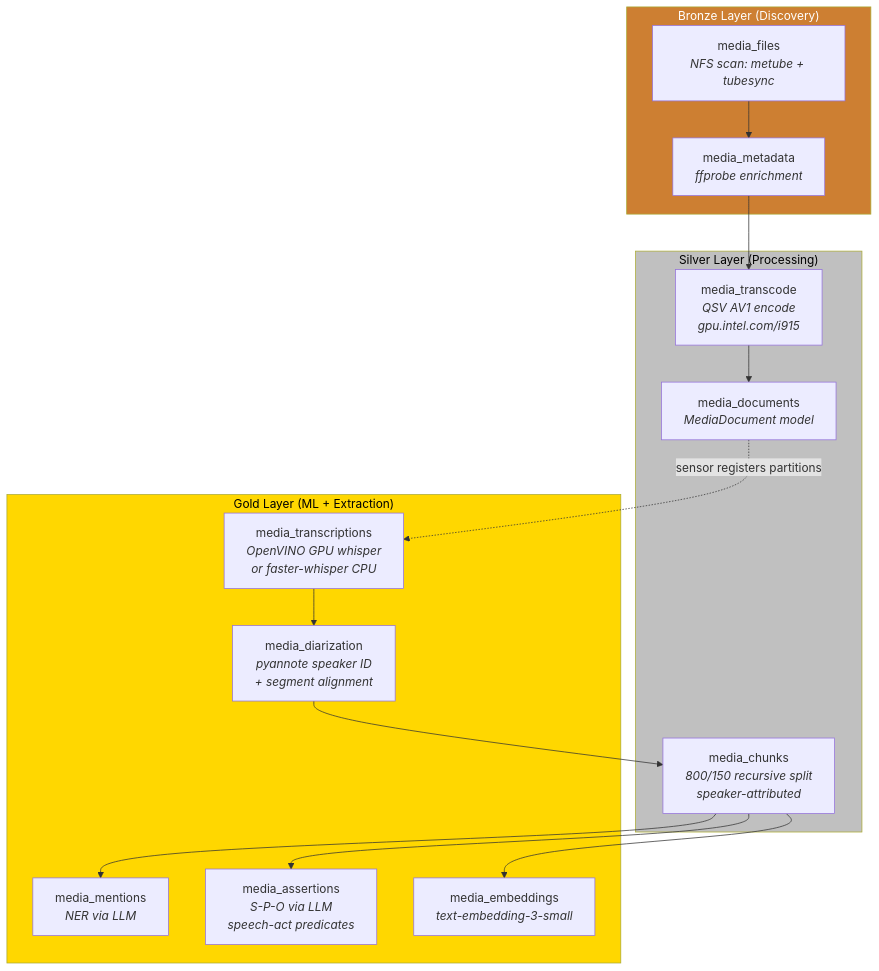
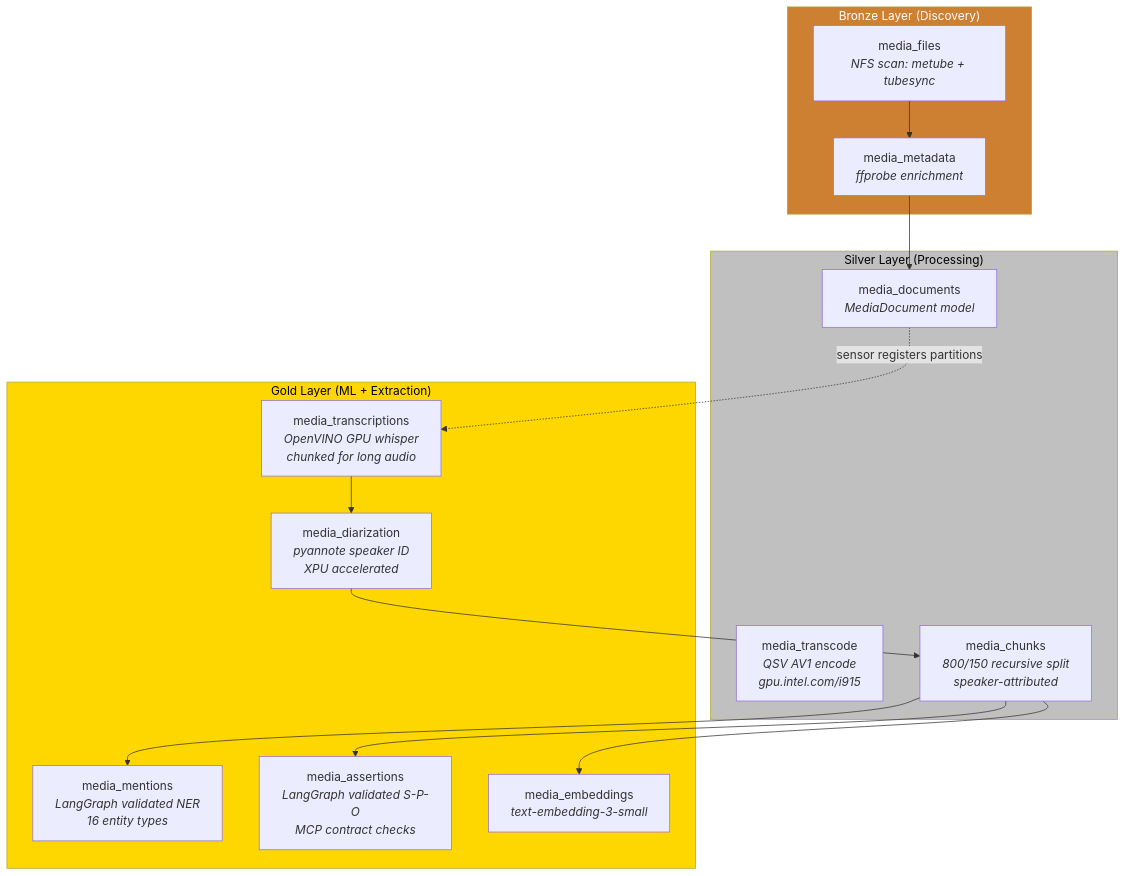
Before and after one commit to TheBranchDriftCatalyst/catalyst-data: the first of 6 diagrams in docs/diagrams/media-ingest-architecture.md, drawn with Mermaid. The commit also changed other lines of this file and 2 other files, not shown here.

Commit message:
docs: update concordance, entity model, and architecture docs
- ONTOLOGY.md: add section 5.3.1 documenting actual ConcordanceEngine +
  CrossSourceAligner implementation (IDF weighting, corroboration rule,
  cluster coherence, HITL overrides)
- domain-model-uml.md: add 5 new MentionType enums (DOCUMENT, BOOK,
  ROLE, STRATEGIC_ASSET, FINANCIAL_INSTRUMENT), EntityOverride class,
  update extraction pipeline to show LangGraph validation
- media-ingest-architecture.md: reflect LangGraph validated extraction,
  chunked transcription, XPU diarization, HITL + coherence in platinum

````diff
--- a/docs/diagrams/media-ingest-architecture.md
+++ b/docs/diagrams/media-ingest-architecture.md
@@ -5,32 +5,32 @@
 ```mermaid
 graph TD
     subgraph Bronze["Bronze Layer (Discovery)"]
         MF[media_files<br/><i>NFS scan: metube + tubesync</i>]
         MM[media_metadata<br/><i>ffprobe enrichment</i>]
     end
 
     subgraph Silver["Silver Layer (Processing)"]
         MTC[media_transcode<br/><i>QSV AV1 encode<br/>gpu.intel.com/i915</i>]
         MD[media_documents<br/><i>MediaDocument model</i>]
         MC[media_chunks<br/><i>800/150 recursive split<br/>speaker-attributed</i>]
     end
 
     subgraph Gold["Gold Layer (ML + Extraction)"]
-        MT[media_transcriptions<br/><i>OpenVINO GPU whisper<br/>or faster-whisper CPU</i>]
-        MDIA[media_diarization<br/><i>pyannote speaker ID<br/>+ segment alignment</i>]
-        MME[media_mentions<br/><i>NER via LLM</i>]
-        MA[media_assertions<br/><i>S-P-O via LLM<br/>speech-act predicates</i>]
+        MT[media_transcriptions<br/><i>OpenVINO GPU whisper<br/>chunked for long audio</i>]
+        MDIA[media_diarization<br/><i>pyannote speaker ID<br/>XPU accelerated</i>]
+        MME[media_mentions<br/><i>LangGraph validated NER<br/>16 entity types</i>]
+        MA[media_assertions<br/><i>LangGraph validated S-P-O<br/>MCP contract checks</i>]
         ME[media_embeddings<br/><i>text-embedding-3-small</i>]
     end
 
-    MF --> MM --> MTC --> MD
+    MF --> MM --> MD
     MD -.->|sensor registers partitions| MT
     MT --> MDIA --> MC
     MC --> MME
     MC --> MA
     MC --> ME
 
     style Bronze fill:#cd7f32,color:#fff
     style Silver fill:#c0c0c0,color:#000
     style Gold fill:#ffd700,color:#000
 ```
````
